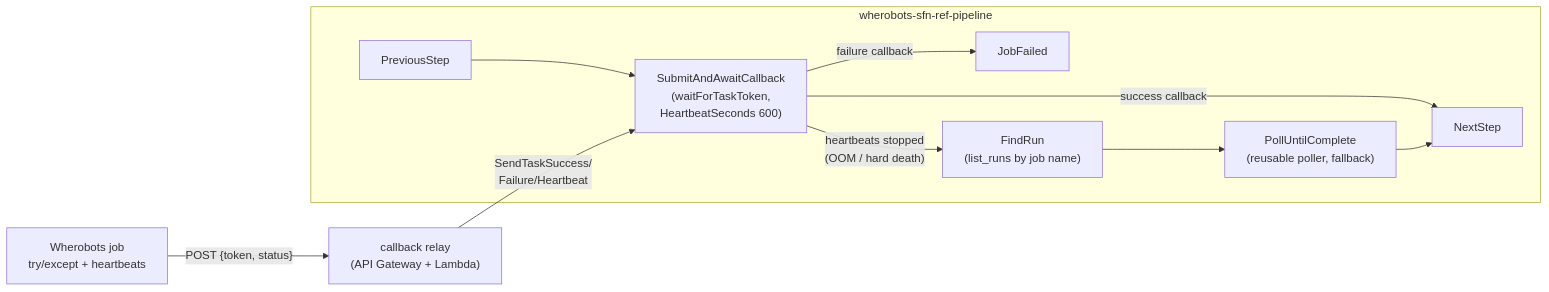
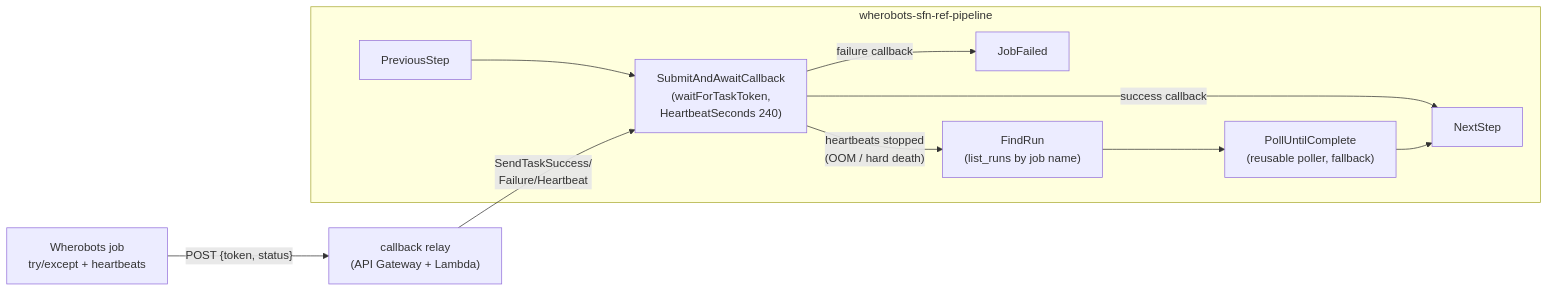
One commit to wherobots/labs-reference-implementations changed the diagram in aws-step-functions-python-sdk/README.md. Above: the diagram before and after it, drawn with Mermaid. The commit also changed other lines of this file and 6 other files, not shown here.

````diff
--- a/aws-step-functions-python-sdk/README.md
+++ b/aws-step-functions-python-sdk/README.md
@@ -42,13 +42,13 @@
 ```mermaid
 flowchart LR
     subgraph pipeline["wherobots-sfn-ref-pipeline"]
-        A[PreviousStep] --> B["SubmitAndAwaitCallback<br/>(waitForTaskToken,<br/>HeartbeatSeconds 600)"]
+        A[PreviousStep] --> B["SubmitAndAwaitCallback<br/>(waitForTaskToken,<br/>HeartbeatSeconds 240)"]
         B -- "success callback" --> D[NextStep]
         B -- "failure callback" --> FF[JobFailed]
         B -- "heartbeats stopped<br/>(OOM / hard death)" --> FR["FindRun<br/>(list_runs by job name)"]
         FR --> C["PollUntilComplete<br/>(reusable poller, fallback)"]
         C --> D
     end
     J["Wherobots job<br/>try/except + heartbeats"] -- "POST {token, status}" --> R["callback relay<br/>(API Gateway + Lambda)"]
     R -- "SendTaskSuccess/<br/>Failure/Heartbeat" --> B
 ```
````
